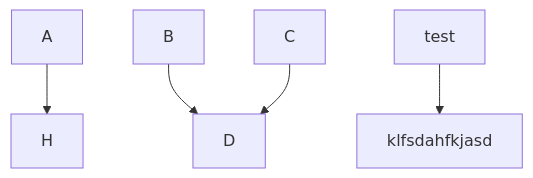
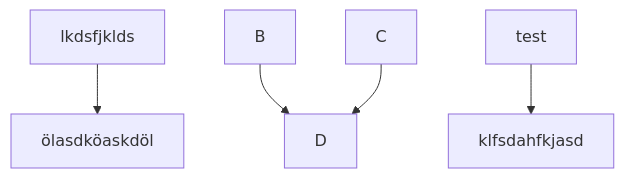
The diagram in Part0/0.4 - New note diagram/readme.md (TomppeliG6-8/fullstack), drawn with Mermaid before and after one commit.

````diff
--- a/Part0/0.4 - New note diagram/readme.md
+++ b/Part0/0.4 - New note diagram/readme.md
@@ -1,7 +1,7 @@
 ```mermaid
 graph TD;
-    A-->H;
+    lkdsfjklds-->ölasdköaskdöl;
     B-->D;
     C-->D;
     test-->klfsdahfkjasd;
 ```
````
